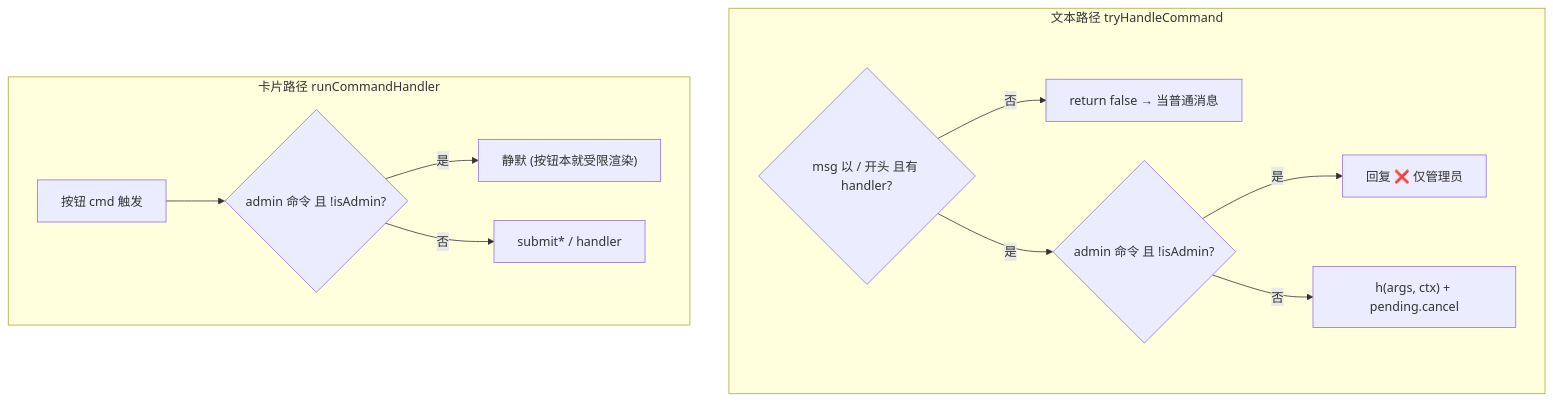
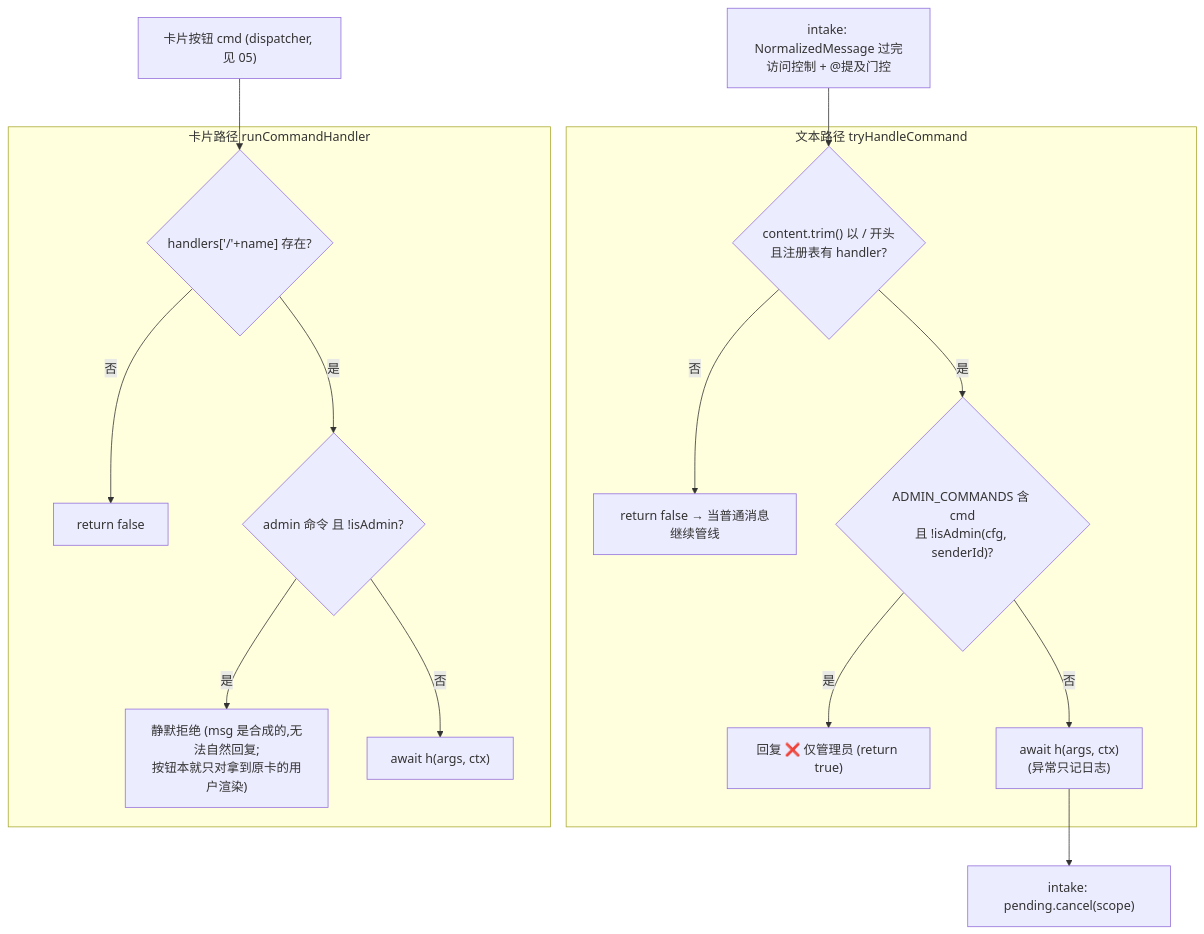
Before and after one commit to sorphwer/feishu-omp-bridge: the first of 4 diagrams in how-it-works/10-commands.md, drawn with Mermaid. The commit also changed other lines of this file and 12 other files, not shown here.

````diff
--- a/how-it-works/10-commands.md
+++ b/how-it-works/10-commands.md
@@ -20,15 +27,20 @@
 ```mermaid
 flowchart TD
+  MSG["intake: NormalizedMessage 过完访问控制 + @提及门控"] --> TC
   subgraph TEXT["文本路径 tryHandleCommand"]
-    TC{"msg 以 / 开头 且有 handler?"}
-    TC -->|否| FALSE["return false → 当普通消息"]
-    TC -->|是| TADM{"admin 命令 且 !isAdmin?"}
-    TADM -->|是| TDENY["回复 ❌ 仅管理员"]
-    TADM -->|否| TRUN["h(args, ctx) + pending.cancel"]
+    TC{"content.trim() 以 / 开头<br/>且注册表有 handler?"}
+    TC -->|否| FALSE["return false → 当普通消息继续管线"]
+    TC -->|是| TADM{"ADMIN_COMMANDS 含 cmd<br/>且 !isAdmin(cfg, senderId)?"}
+    TADM -->|是| TDENY["回复 ❌ 仅管理员 (return true)"]
+    TADM -->|否| TRUN["await h(args, ctx)<br/>(异常只记日志)"]
   end
+  TRUN --> PC["intake: pending.cancel(scope)"]
+  BTN["卡片按钮 cmd (dispatcher, 见 05)"] --> CC
   subgraph CARD["卡片路径 runCommandHandler"]
-    CC["按钮 cmd 触发"] --> CADM{"admin 命令 且 !isAdmin?"}
-    CADM -->|是| CDENY["静默 (按钮本就受限渲染)"]
-    CADM -->|否| CRUN["submit* / handler"]
+    CC{"handlers['/'+name] 存在?"}
+    CC -->|否| CFALSE["return false"]
+    CC -->|是| CADM{"admin 命令 且 !isAdmin?"}
+    CADM -->|是| CDENY["静默拒绝 (msg 是合成的,无法自然回复;<br/>按钮本就只对拿到原卡的用户渲染)"]
+    CADM -->|否| CRUN["await h(args, ctx)"]
   end
 ```
````
